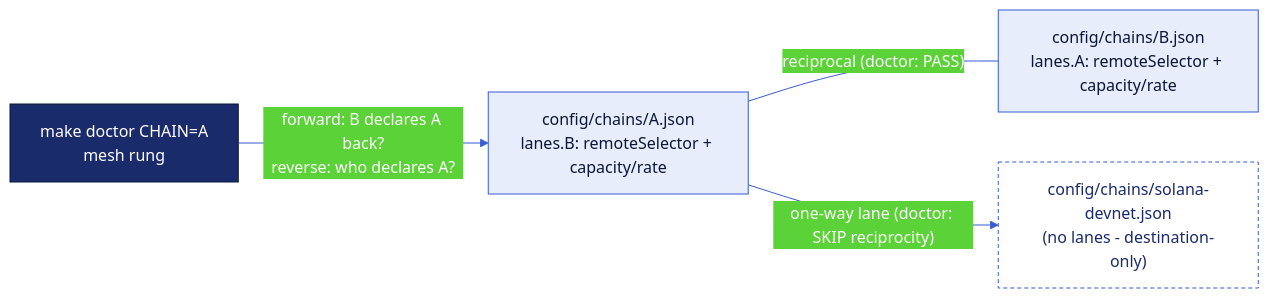
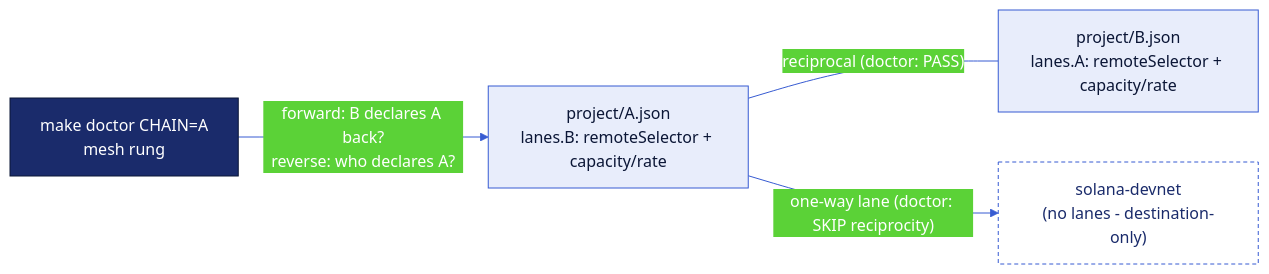
One commit to fork-the-planet/smartcontractkit___docs-cct-foundry changed the fourth of 5 diagrams in docs/config-architecture.md. Above: the diagram before and after it, drawn with Mermaid. The commit also changed other lines of this file and 79 other files, not shown here.

First line of the commit message:
feat: consolidate project state under project/, rename ledger to history/, chain config becomes pure API

````diff
--- a/docs/config-architecture.md
+++ b/docs/config-architecture.md
@@ -252,17 +267,17 @@
 ```mermaid
 %%{init: {'theme':'base','themeVariables':{'primaryColor':'#375BD2','primaryTextColor':'#FFFFFF','primaryBorderColor':'#1A2B6B','lineColor':'#375BD2','fontFamily':'Inter, system-ui, sans-serif'}}}%%
 flowchart LR
-    A["config/chains/A.json<br/>lanes.B: remoteSelector + capacity/rate"]
-    B["config/chains/B.json<br/>lanes.A: remoteSelector + capacity/rate"]
-    SVM["config/chains/solana-devnet.json<br/>(no lanes - destination-only)"]
+    A["project/A.json<br/>lanes.B: remoteSelector + capacity/rate"]
+    B["project/B.json<br/>lanes.A: remoteSelector + capacity/rate"]
+    SVM["solana-devnet<br/>(no lanes - destination-only)"]
     A ---|"reciprocal (doctor: PASS)"| B
     A -->|"one-way lane (doctor: SKIP reciprocity)"| SVM
     D["make doctor CHAIN=A<br/>mesh rung"] -->|"forward: B declares A back?<br/>reverse: who declares A?"| A
 
     classDef store fill:#E8EDFB,color:#0B1636,stroke:#375BD2,stroke-width:1px;
     classDef svm fill:#FFFFFF,color:#1A2B6B,stroke:#375BD2,stroke-width:1px,stroke-dasharray:4 3;
     classDef doctor fill:#1A2B6B,color:#FFFFFF,stroke:#0B1636,stroke-width:1px;
     class A,B store;
     class SVM svm;
     class D doctor;
 ```
````
